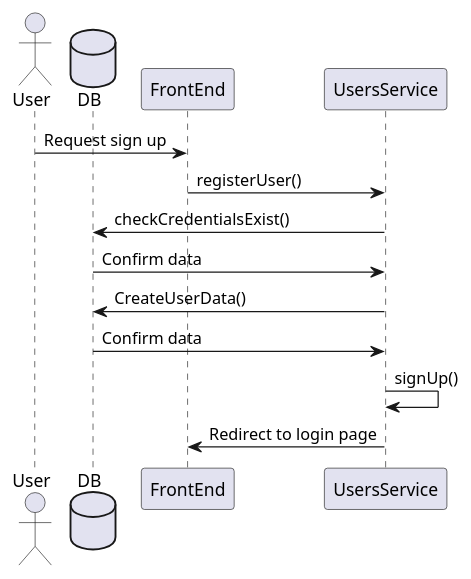
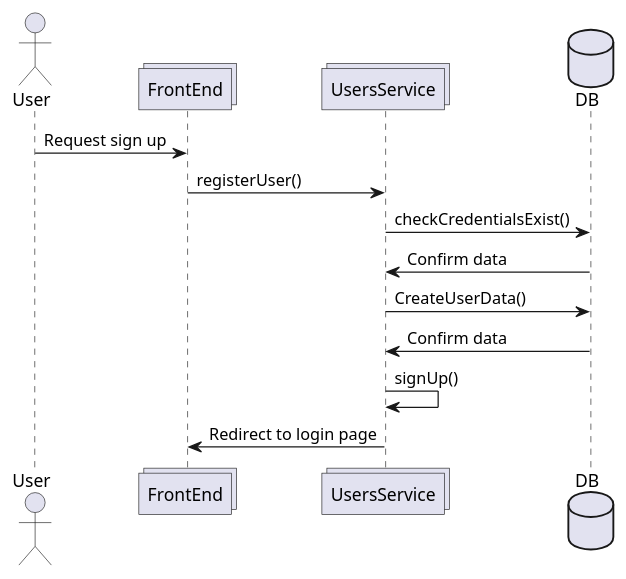
One commit to UO289930/wiq_en3a changed the second of 2 diagrams in docs/src/06_runtime_view.adoc. Above: the diagram before and after it, drawn with PlantUML. The commit also changed other lines of this file, not shown here.

Commit message:
Fixed error position DB

```diff
--- a/docs/src/06_runtime_view.adoc
+++ b/docs/src/06_runtime_view.adoc
@@ -27,13 +30,16 @@
 [plantuml,"Sign Up diagram",png]
 ----
 actor User
+collections FrontEnd
+collections UsersService
 database DB
+
 User -> FrontEnd: Request sign up
 FrontEnd -> UsersService: registerUser()
 UsersService -> DB: checkCredentialsExist()
 DB -> UsersService: Confirm data
 UsersService  -> DB: CreateUserData()
 DB -> UsersService: Confirm data
 UsersService -> UsersService: signUp()
 UsersService -> FrontEnd: Redirect to login page
 ----
```
